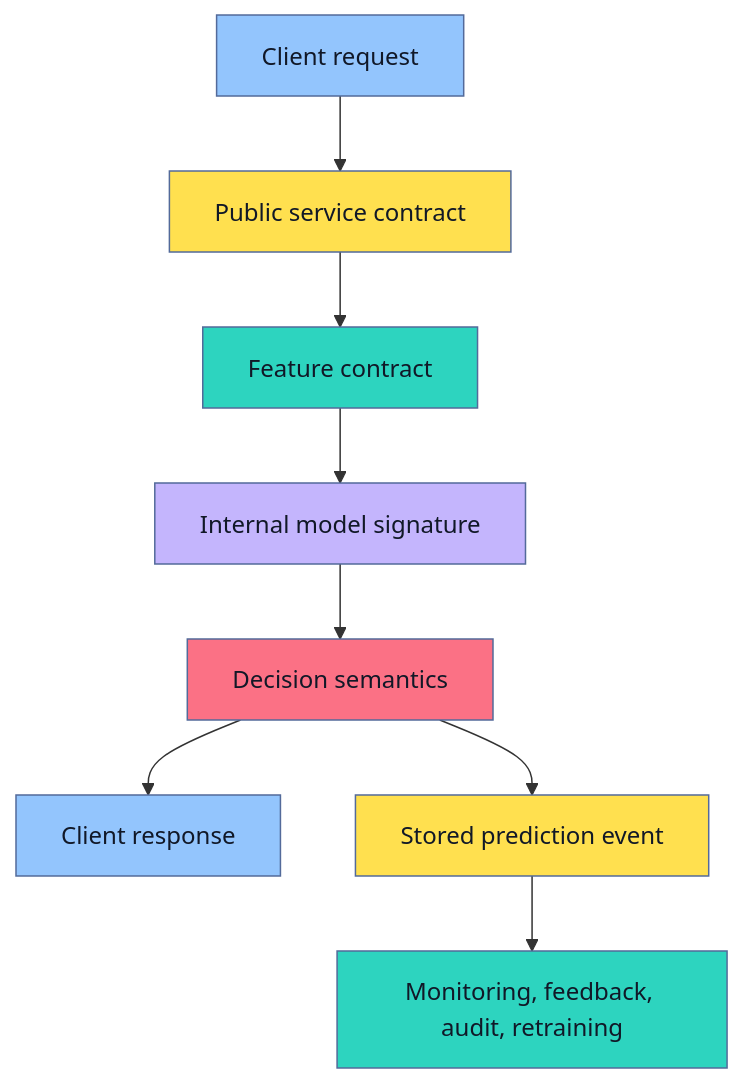
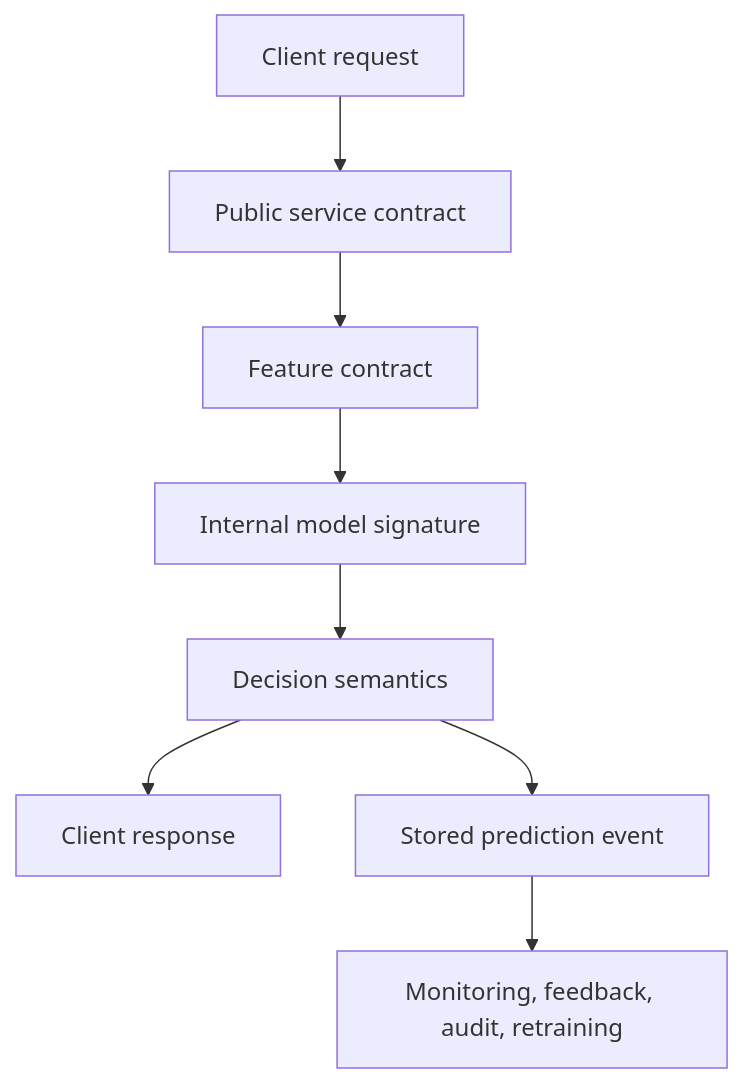
The second of 8 diagrams in roadmaps/mlops/modules/deployment-and-release-management/release-strategies/01-backward-compatible-model-apis.md (senlinyy/dev-roadmaps), drawn with Mermaid before and after one commit. The commit also changed other lines of this file and 152 other files, not shown here.

Commit message:
feat: mlops and diagrams updated

````diff
--- a/roadmaps/mlops/modules/deployment-and-release-management/release-strategies/01-backward-compatible-model-apis.md
+++ b/roadmaps/mlops/modules/deployment-and-release-management/release-strategies/01-backward-compatible-model-apis.md
@@ -75,19 +75,19 @@
 ```mermaid
 flowchart TD
     A["Client request"] --> B["Public service contract"]
     B --> C["Feature contract"]
     C --> D["Internal model signature"]
     D --> E["Decision semantics"]
     E --> F["Client response"]
     E --> G["Stored prediction event"]
     G --> H["Monitoring, feedback, audit, retraining"]
 
-    style A fill:#93C5FD,stroke:#536A9A,color:#111827
-    style B fill:#FFE04F,stroke:#536A9A,color:#111827
-    style C fill:#2DD4BF,stroke:#536A9A,color:#111827
-    style D fill:#C4B5FD,stroke:#536A9A,color:#111827
-    style E fill:#FB7185,stroke:#536A9A,color:#111827
-    style F fill:#93C5FD,stroke:#536A9A,color:#111827
-    style G fill:#FFE04F,stroke:#536A9A,color:#111827
-    style H fill:#2DD4BF,stroke:#536A9A,color:#111827
+    class A dp-mermaid-primary
+    class B dp-mermaid-secondary
+    class C dp-mermaid-tertiary
+    class D dp-mermaid-quaternary
+    class E dp-mermaid-primary
+    class F dp-mermaid-primary
+    class G dp-mermaid-secondary
+    class H dp-mermaid-tertiary
 ```
````
